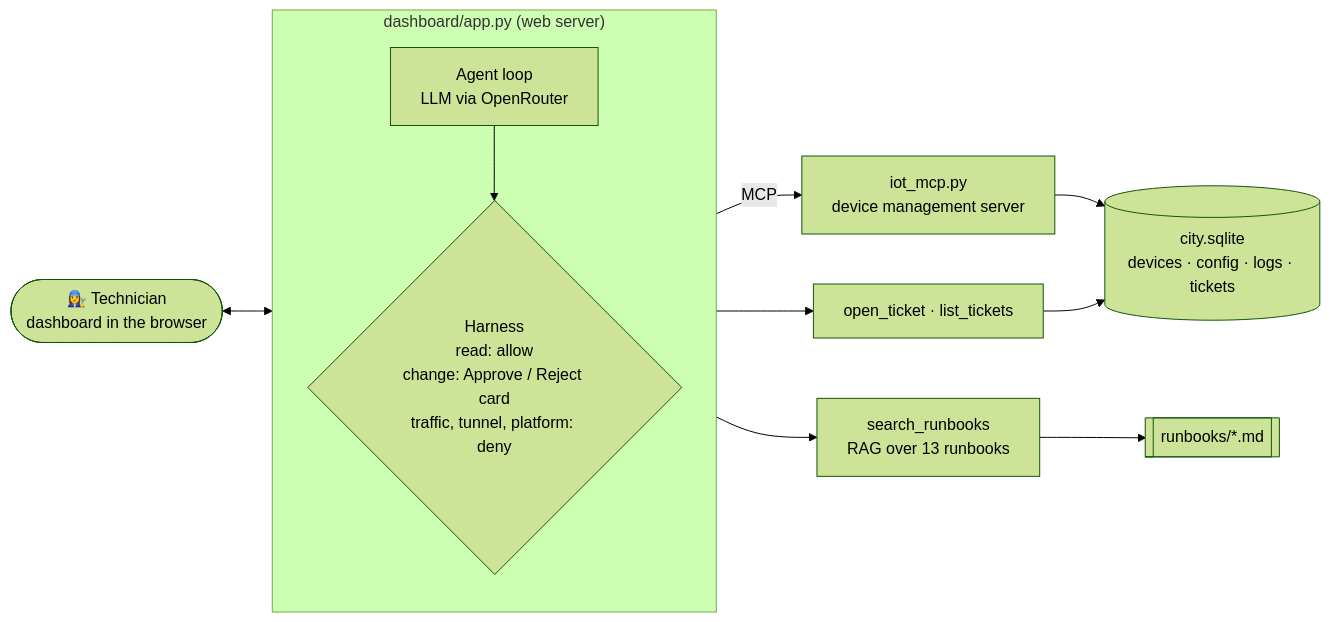
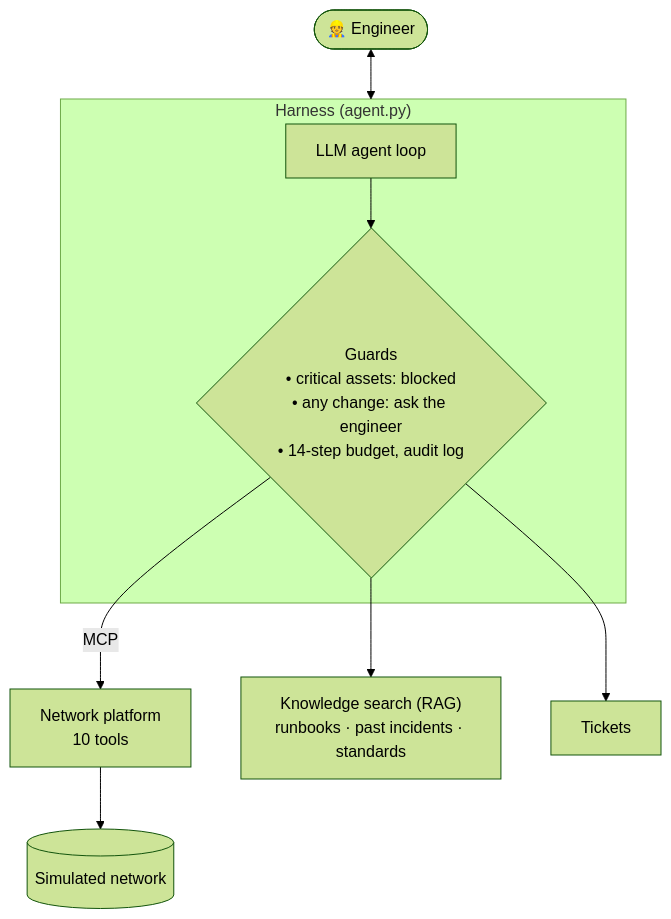
One commit to ElafQattan/pulseNet_agents changed the second of 2 diagrams in README.md. Above: the diagram before and after it, drawn with Mermaid (forest theme). The commit also changed other lines of this file and 151 other files, not shown here.

````diff
--- a/README.md
+++ b/README.md
@@ -87,19 +58,11 @@
 ```mermaid
-flowchart LR
-    T(["👩‍🔧 Technician<br/>dashboard in the browser"]) <--> W
-
-    subgraph W["dashboard/app.py (web server)"]
-        direction TB
-        L["Agent loop<br/>LLM via OpenRouter"]
-        P{"Harness<br/>read: allow<br/>change: Approve / Reject card<br/>traffic, tunnel, platform: deny"}
-        L --> P
+flowchart TB
+    U(["👷 Engineer"]) <--> H
+    subgraph H["Harness (agent.py)"]
+        L["LLM agent loop"] --> G{"Guards<br/>• critical assets: blocked<br/>• any change: ask the engineer<br/>• 14-step budget, audit log"}
     end
-
-    P -->|MCP| S["iot_mcp.py<br/>device management server"]
-    P --> R["search_runbooks<br/>RAG over 13 runbooks"]
-    P --> K["open_ticket · list_tickets"]
-
-    S --> DB[("city.sqlite<br/>devices · config · logs · tickets")]
-    K --> DB
-    R --> RB[["runbooks/*.md"]]
+    G -->|MCP| N["Network platform<br/>10 tools"]
+    G --> K["Knowledge search (RAG)<br/>runbooks · past incidents · standards"]
+    G --> T["Tickets"]
+    N --> DB[("Simulated network")]
 ```
````
